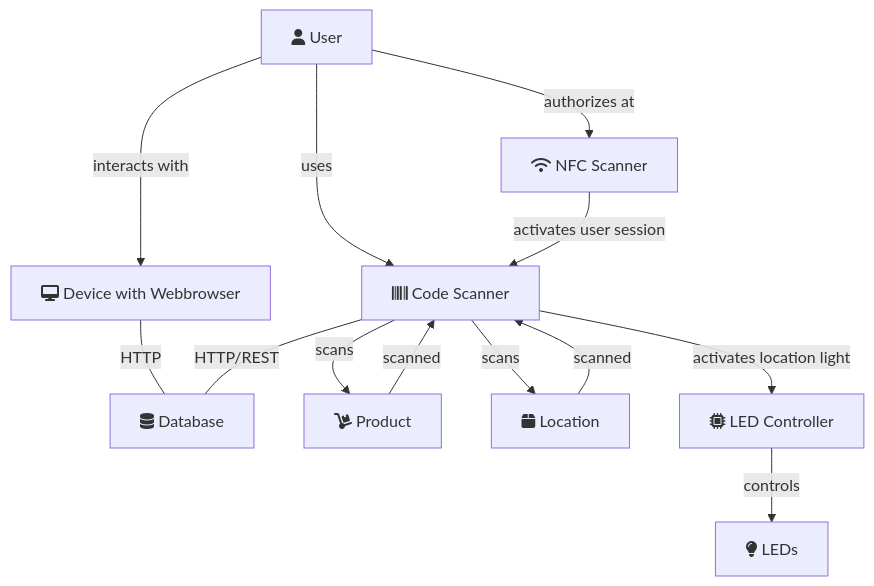
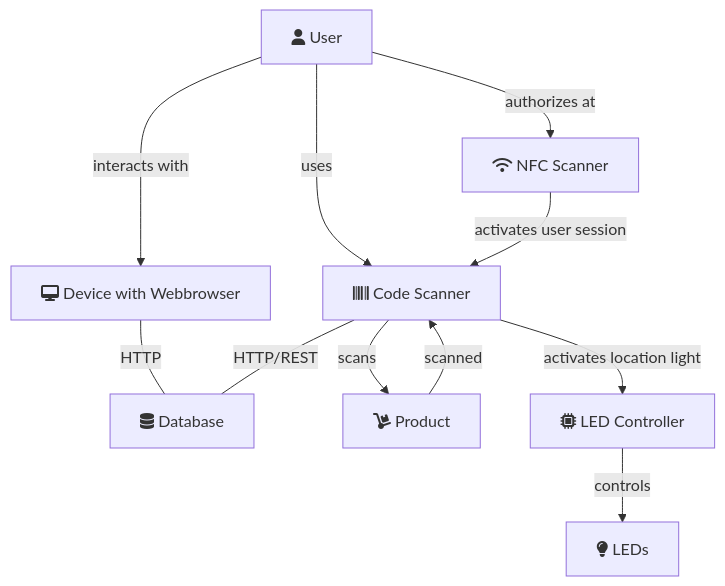
The diagram in README.md (nikcani/io-terminal), drawn with Mermaid before and after one commit.

````diff
--- a/README.md
+++ b/README.md
@@ -11,24 +11,21 @@
 ```mermaid
 graph TD;
 A[fa:fa-database Database];
 B[fa:fa-barcode Code Scanner];
 C[fa:fa-user User];
 D[fa:fa-desktop Device with Webbrowser];
 E[fa:fa-wifi NFC Scanner];
 F[fa:fa-dolly Product];
-G[fa:fa-box Location];
 H[fa:fa-microchip LED Controller];
 I[fa:fa-lightbulb LEDs];
 D---|HTTP|A;
 C-->|uses|B;
 C-->|interacts with|D;
 C-->|authorizes at|E;
 E-->|activates user session|B;
 B-->|scans|F;
 F-->|scanned|B;
-B-->|scans|G;
-G-->|scanned|B;
 B---|HTTP/REST|A;
 H-->|controls|I;
 B-->|activates location light|H;
 ```
````
